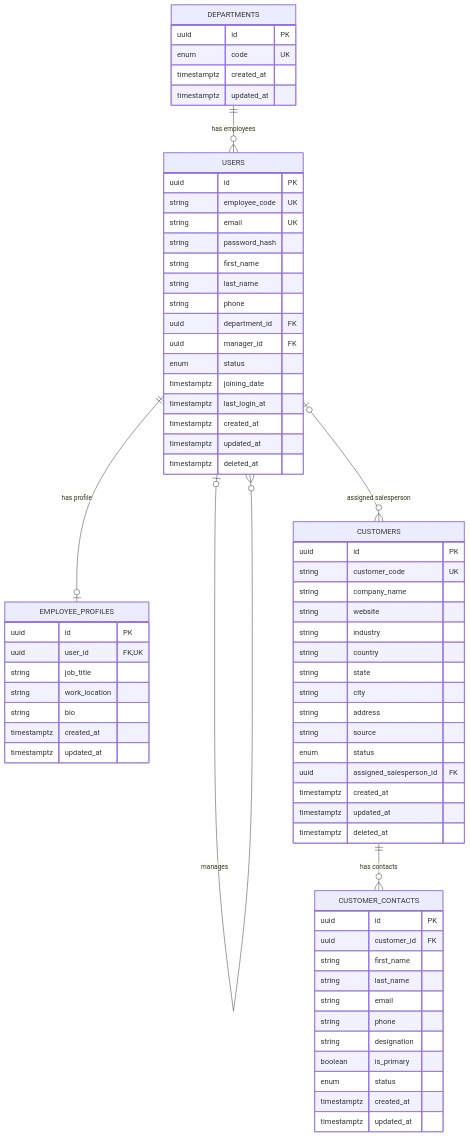
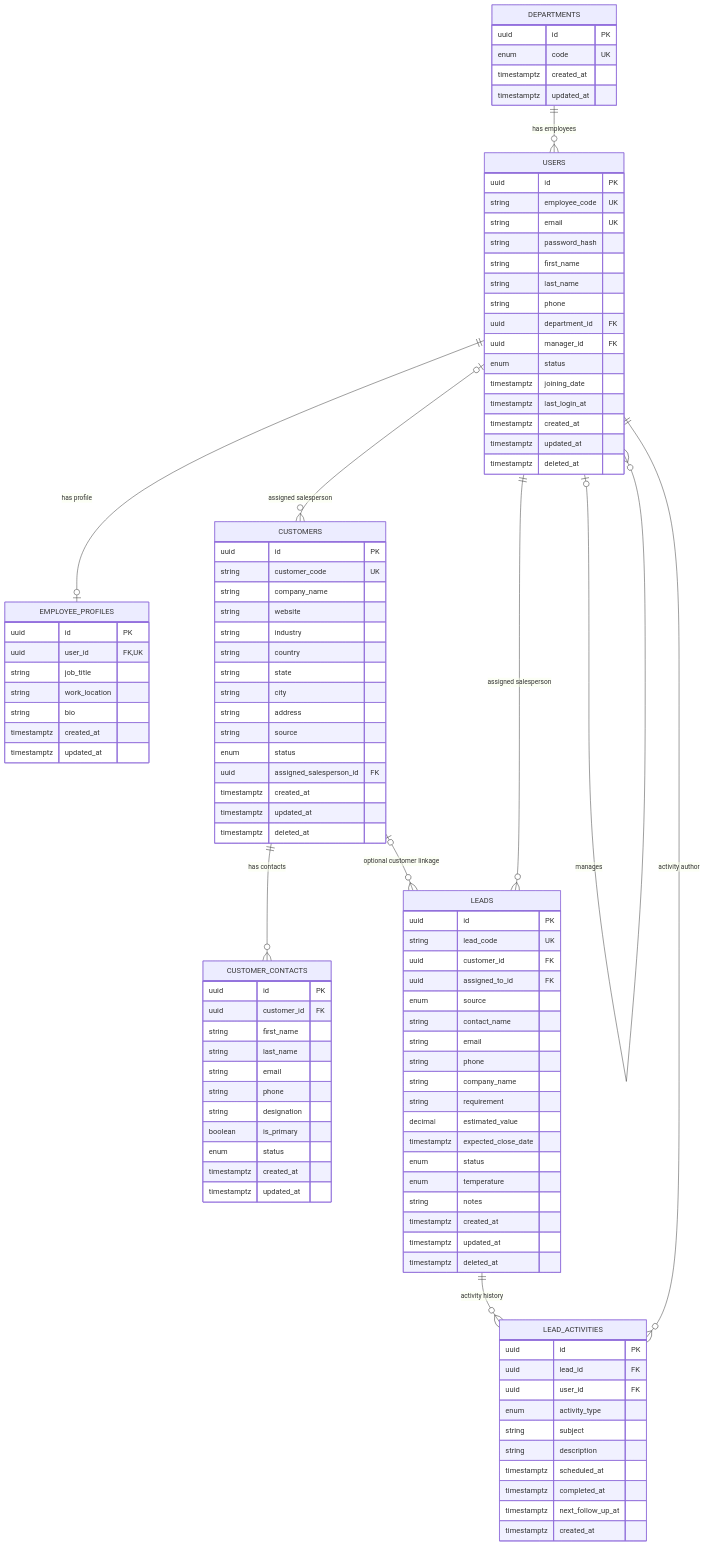
The diagram in docs/database/ERD.md (Vaishnavtdy/InterSmart-ERP-database-foundation), drawn with Mermaid before and after one commit. The commit also changed other lines of this file and 5 other files, not shown here.

First line of the commit message:
Update database schema and documentation for leads module

```diff
--- a/docs/database/ERD.md
+++ b/docs/database/ERD.md
@@ -7,6 +7,44 @@
   USERS ||--o| EMPLOYEE_PROFILES : "has profile"
   USERS o|--o{ CUSTOMERS : "assigned salesperson"
   CUSTOMERS ||--o{ CUSTOMER_CONTACTS : "has contacts"
+  CUSTOMERS o|--o{ LEADS : "optional customer linkage"
+  USERS ||--o{ LEADS : "assigned salesperson"
+  LEADS ||--o{ LEAD_ACTIVITIES : "activity history"
+  USERS ||--o{ LEAD_ACTIVITIES : "activity author"
+
+  LEADS {
+    uuid id PK
+    string lead_code UK
+    uuid customer_id FK
+    uuid assigned_to_id FK
+    enum source
+    string contact_name
+    string email
+    string phone
+    string company_name
+    string requirement
+    decimal estimated_value
+    timestamptz expected_close_date
+    enum status
+    enum temperature
+    string notes
+    timestamptz created_at
+    timestamptz updated_at
+    timestamptz deleted_at
+  }
+
+  LEAD_ACTIVITIES {
+    uuid id PK
+    uuid lead_id FK
+    uuid user_id FK
+    enum activity_type
+    string subject
+    string description
+    timestamptz scheduled_at
+    timestamptz completed_at
+    timestamptz next_follow_up_at
+    timestamptz created_at
+  }
 
   CUSTOMERS {
     uuid id PK
```
